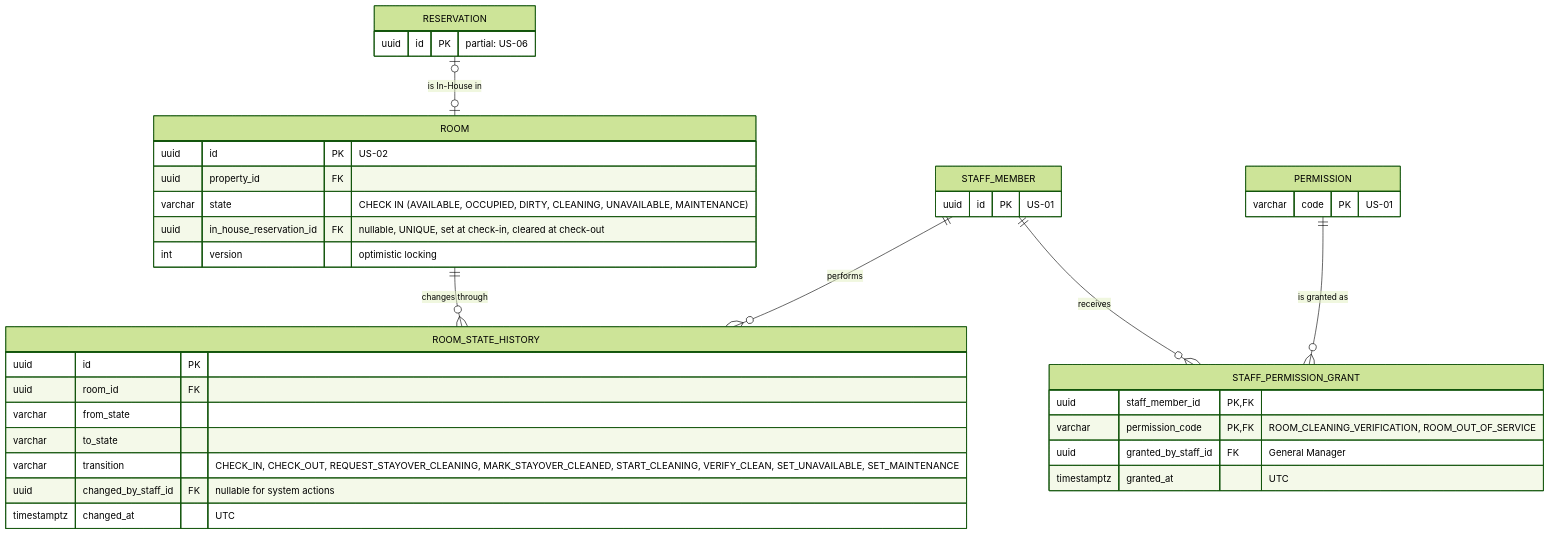
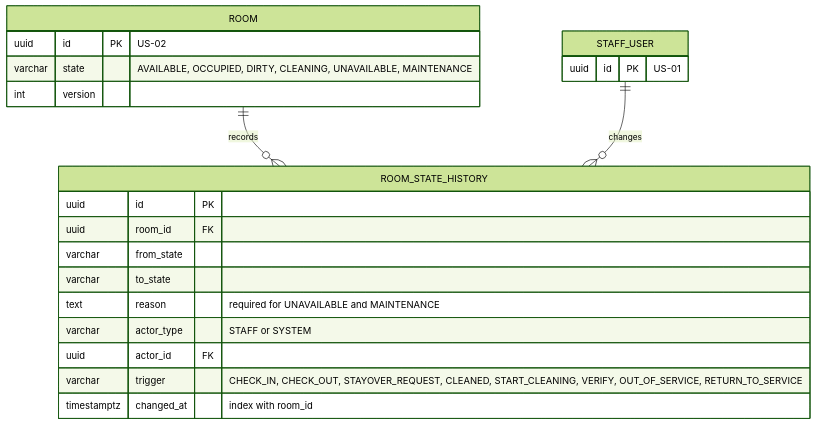
Before and after one commit to BraceroInSabot/Motel-Starmie: the second of 4 diagrams in docs/Initial Requirements/Diagrams/US-19 - Room State Machine and Cleaning Verification.md, drawn with Mermaid (forest theme). The commit also changed other lines of this file and 51 other files, not shown here.

````diff
--- a/docs/Initial Requirements/Diagrams/US-19 - Room State Machine and Cleaning Verification.md
+++ b/docs/Initial Requirements/Diagrams/US-19 - Room State Machine and Cleaning Verification.md
@@ -230,40 +147,25 @@
 ```mermaid
 erDiagram
-    ROOM ||--o{ ROOM_STATE_HISTORY : "changes through"
-    STAFF_MEMBER ||--o{ ROOM_STATE_HISTORY : "performs"
-    RESERVATION |o--o| ROOM : "is In-House in"
-    STAFF_MEMBER ||--o{ STAFF_PERMISSION_GRANT : "receives"
-    PERMISSION ||--o{ STAFF_PERMISSION_GRANT : "is granted as"
+    ROOM ||--o{ ROOM_STATE_HISTORY : "records"
+    STAFF_USER ||--o{ ROOM_STATE_HISTORY : "changes"
 
     ROOM {
         uuid id PK "US-02"
-        uuid property_id FK
-        varchar state "CHECK IN (AVAILABLE, OCCUPIED, DIRTY, CLEANING, UNAVAILABLE, MAINTENANCE)"
-        uuid in_house_reservation_id FK "nullable, UNIQUE, set at check-in, cleared at check-out"
-        int version "optimistic locking"
+        varchar state "AVAILABLE, OCCUPIED, DIRTY, CLEANING, UNAVAILABLE, MAINTENANCE"
+        int version
     }
     ROOM_STATE_HISTORY {
         uuid id PK
         uuid room_id FK
         varchar from_state
         varchar to_state
-        varchar transition "CHECK_IN, CHECK_OUT, REQUEST_STAYOVER_CLEANING, MARK_STAYOVER_CLEANED, START_CLEANING, VERIFY_CLEAN, SET_UNAVAILABLE, SET_MAINTENANCE"
-        uuid changed_by_staff_id FK "nullable for system actions"
-        timestamptz changed_at "UTC"
+        text reason "required for UNAVAILABLE and MAINTENANCE"
+        varchar actor_type "STAFF or SYSTEM"
+        uuid actor_id FK
+        varchar trigger "CHECK_IN, CHECK_OUT, STAYOVER_REQUEST, CLEANED, START_CLEANING, VERIFY, OUT_OF_SERVICE, RETURN_TO_SERVICE"
+        timestamptz changed_at "index with room_id"
     }
-    STAFF_PERMISSION_GRANT {
-        uuid staff_member_id PK, FK
-        varchar permission_code PK, FK "ROOM_CLEANING_VERIFICATION, ROOM_OUT_OF_SERVICE"
-        uuid granted_by_staff_id FK "General Manager"
-        timestamptz granted_at "UTC"
-    }
-    PERMISSION {
-        varchar code PK "US-01"
-    }
-    RESERVATION {
-        uuid id PK "partial: US-06"
-    }
-    STAFF_MEMBER {
+    STAFF_USER {
         uuid id PK "US-01"
     }
 ```
````
